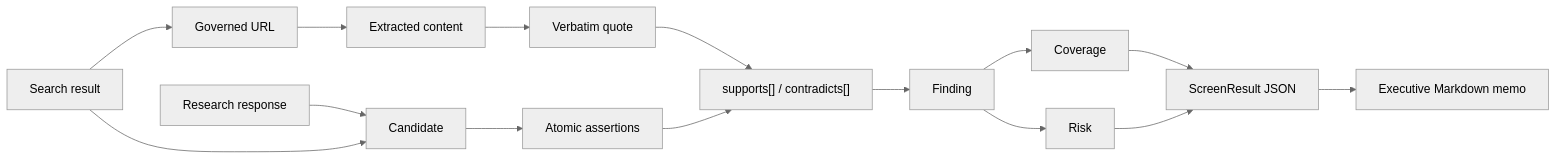
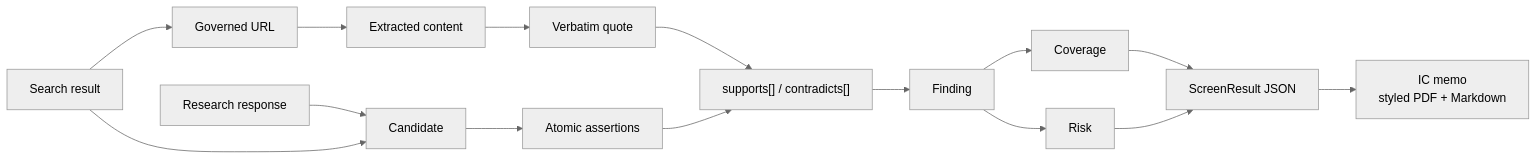
One commit to 0xtigerclaw/deal_lens changed the sixth of 7 diagrams in docs/ARCHITECTURE.md. Above: the diagram before and after it, drawn with Mermaid (neutral theme). The commit also changed other lines of this file and 7 other files, not shown here.

````diff
--- a/docs/ARCHITECTURE.md
+++ b/docs/ARCHITECTURE.md
@@ -154,17 +154,17 @@
 ```mermaid
 flowchart LR
     TR["Research response"] --> Candidate
     TS["Search result"] --> Candidate
     Candidate --> Assertion["Atomic assertions"]
     TS --> URL["Governed URL"]
     URL --> Content["Extracted content"]
     Content --> Quote["Verbatim quote"]
     Quote --> Relationship["supports[] / contradicts[]"]
     Assertion --> Relationship
     Relationship --> Finding
     Finding --> Coverage
     Finding --> Risk
     Coverage --> Result["ScreenResult JSON"]
     Risk --> Result
-    Result --> Memo["Executive Markdown memo"]
+    Result --> Memo["IC memo<br/>styled PDF + Markdown"]
 ```
````
